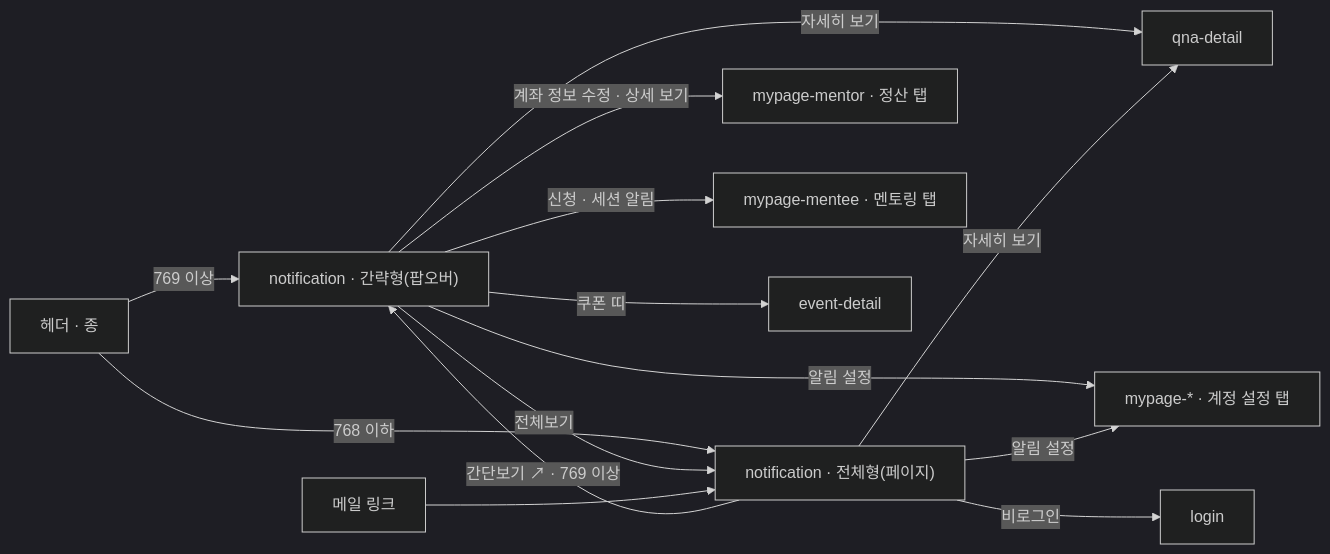
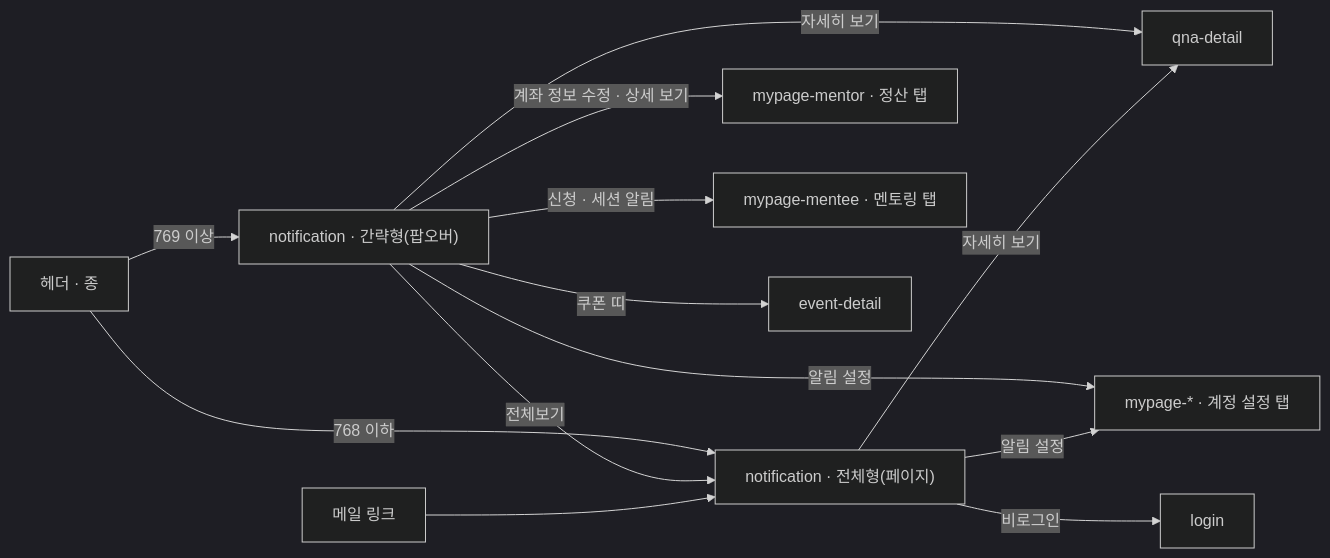
The diagram in design/screens/notification/UI-SPEC.md (jisoo-y-mentree/mentree2-pd-fe), drawn with Mermaid (dark theme) before and after one commit. The commit also changed other lines of this file and 15 other files, not shown here.

````diff
--- a/design/screens/notification/UI-SPEC.md
+++ b/design/screens/notification/UI-SPEC.md
@@ -253,27 +254,26 @@
 ```mermaid
 flowchart LR
   bellBtn["헤더 · 종"]
   pop["notification · 간략형(팝오버)"]
   page["notification · 전체형(페이지)"]
   qd["qna-detail"]
   mpm["mypage-mentor · 정산 탭"]
   mpe["mypage-mentee · 멘토링 탭"]
   setj["mypage-* · 계정 설정 탭"]
   ev["event-detail"]
   login["login"]
   mail["메일 링크"]
 
   bellBtn -->|"769 이상"| pop
   bellBtn -->|"768 이하"| page
   pop -->|"전체보기"| page
-  page -->|"간단보기 ↗ · 769 이상"| pop
   pop -->|"자세히 보기"| qd
   page -->|"자세히 보기"| qd
   pop -->|"계좌 정보 수정 · 상세 보기"| mpm
   pop -->|"신청 · 세션 알림"| mpe
   pop -->|"알림 설정"| setj
   page -->|"알림 설정"| setj
   pop -->|"쿠폰 띠"| ev
   mail --> page
   page -->|"비로그인"| login
 ```
````
